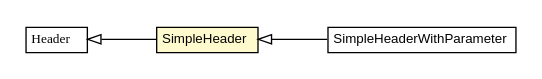
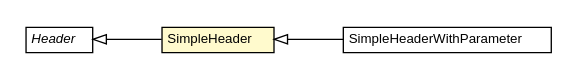
Before and after one commit to growbit/turbogwt-http: the diagram in javadoc/apidocs/org/turbogwt/net/http/client/header/SimpleHeader.dot, drawn with Graphviz. The commit also changed 463 other files, not shown here.

```diff
--- a/javadoc/apidocs/org/turbogwt/net/http/client/header/SimpleHeader.dot
+++ b/javadoc/apidocs/org/turbogwt/net/http/client/header/SimpleHeader.dot
@@ -1,35 +1,35 @@
 #!/usr/local/bin/dot
 #
 # Class diagram 
 # Generated by UMLGraph version R5_6-24-gf6e263 (http://www.umlgraph.org/)
 #
 
 digraph G {
-	edge [fontname="arial",fontsize=10,labelfontname="arial",labelfontsize=10];
-	node [fontname="arial",fontsize=10,shape=plaintext];
+	edge [fontname="Helvetica",fontsize=10,labelfontname="Helvetica",labelfontsize=10];
+	node [fontname="Helvetica",fontsize=10,shape=plaintext];
 	nodesep=0.25;
 	ranksep=0.5;
 	rankdir=LR;
 	// org.turbogwt.net.http.client.header.SimpleHeaderWithParameter
-	c3813 [label=<<table title="org.turbogwt.net.http.client.header.SimpleHeaderWithParameter" border="0" cellborder="1" cellspacing="0" cellpadding="2" port="p" href="./SimpleHeaderWithParameter.html">
+	c4806 [label=<<table title="org.turbogwt.net.http.client.header.SimpleHeaderWithParameter" border="0" cellborder="1" cellspacing="0" cellpadding="2" port="p" href="./SimpleHeaderWithParameter.html">
 		<tr><td><table border="0" cellspacing="0" cellpadding="1">
 <tr><td align="center" balign="center"> SimpleHeaderWithParameter </td></tr>
 		</table></td></tr>
-		</table>>, URL="./SimpleHeaderWithParameter.html", fontname="arial", fontcolor="black", fontsize=10.0];
+		</table>>, URL="./SimpleHeaderWithParameter.html", fontname="Helvetica", fontcolor="black", fontsize=10.0];
 	// org.turbogwt.net.http.client.header.SimpleHeader
-	c3815 [label=<<table title="org.turbogwt.net.http.client.header.SimpleHeader" border="0" cellborder="1" cellspacing="0" cellpadding="2" port="p" bgcolor="lemonChiffon" href="./SimpleHeader.html">
+	c4808 [label=<<table title="org.turbogwt.net.http.client.header.SimpleHeader" border="0" cellborder="1" cellspacing="0" cellpadding="2" port="p" bgcolor="lemonChiffon" href="./SimpleHeader.html">
 		<tr><td><table border="0" cellspacing="0" cellpadding="1">
 <tr><td align="center" balign="center"> SimpleHeader </td></tr>
 		</table></td></tr>
-		</table>>, URL="./SimpleHeader.html", fontname="arial", fontcolor="black", fontsize=10.0];
+		</table>>, URL="./SimpleHeader.html", fontname="Helvetica", fontcolor="black", fontsize=10.0];
 	//org.turbogwt.net.http.client.header.SimpleHeaderWithParameter extends org.turbogwt.net.http.client.header.SimpleHeader
-	c3815:p -> c3813:p [dir=back,arrowtail=empty];
+	c4808:p -> c4806:p [dir=back,arrowtail=empty];
 	//org.turbogwt.net.http.client.header.SimpleHeader extends com.google.gwt.http.client.Header
-	c3843:p -> c3815:p [dir=back,arrowtail=empty];
+	c4853:p -> c4808:p [dir=back,arrowtail=empty];
 	// com.google.gwt.http.client.Header
-	c3843 [label=<<table title="com.google.gwt.http.client.Header" border="0" cellborder="1" cellspacing="0" cellpadding="2" port="p" href="http://google-web-toolkit.googlecode.com/svn/javadoc/latest/com/google/gwt/http/client/Header.html">
+	c4853 [label=<<table title="com.google.gwt.http.client.Header" border="0" cellborder="1" cellspacing="0" cellpadding="2" port="p" href="http://google-web-toolkit.googlecode.com/svn/javadoc/latest/com/google/gwt/http/client/Header.html">
 		<tr><td><table border="0" cellspacing="0" cellpadding="1">
-<tr><td align="center" balign="center"><font face="arial italic"> Header </font></td></tr>
+<tr><td align="center" balign="center"><font face="Helvetica-Oblique"> Header </font></td></tr>
 		</table></td></tr>
-		</table>>, URL="http://google-web-toolkit.googlecode.com/svn/javadoc/latest/com/google/gwt/http/client/Header.html", fontname="arial", fontcolor="black", fontsize=10.0];
+		</table>>, URL="http://google-web-toolkit.googlecode.com/svn/javadoc/latest/com/google/gwt/http/client/Header.html", fontname="Helvetica", fontcolor="black", fontsize=10.0];
 }
```
